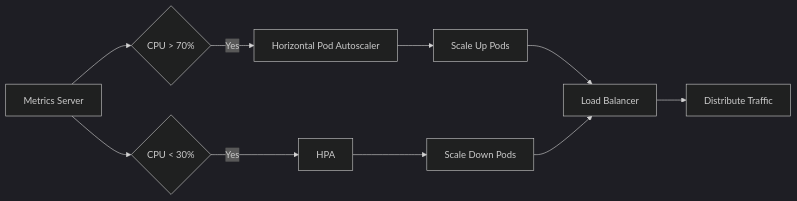
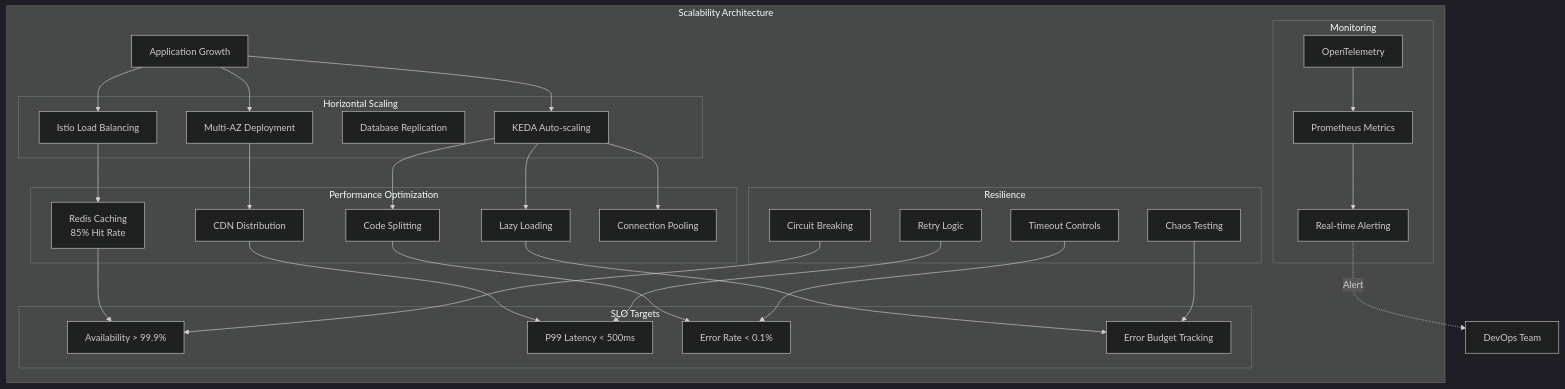
Before and after one commit to Derek-miranda/DocuThinker-AI: diagram 25 of 26 in ARCHITECTURE.md, drawn with Mermaid (dark theme). The commit also changed other lines of this file and 36 other files, not shown here.

````diff
--- a/ARCHITECTURE.md
+++ b/ARCHITECTURE.md
@@ -1077,14 +1949,61 @@
 ```mermaid
-graph LR
-    A[Metrics Server] --> B{CPU > 70%}
-    B -->|Yes| C[Horizontal Pod Autoscaler]
-    C --> D[Scale Up Pods]
-    D --> E[Load Balancer]
+graph TB
+    subgraph "Scalability Architecture"
+        A[Application Growth]
 
-    A --> F{CPU < 30%}
-    F -->|Yes| G[HPA]
-    G --> H[Scale Down Pods]
-    H --> E
+        subgraph "Horizontal Scaling"
+            B[Istio Load Balancing]
+            C[Multi-AZ Deployment]
+            D[Database Replication]
+            E[KEDA Auto-scaling]
+        end
 
-    E --> I[Distribute Traffic]
+        subgraph "Performance Optimization"
+            F[Redis Caching<br/>85% Hit Rate]
+            G[CDN Distribution]
+            H[Code Splitting]
+            I[Lazy Loading]
+            J[Connection Pooling]
+        end
+
+        subgraph "SLO Targets"
+            K[Availability > 99.9%]
+            L[P99 Latency < 500ms]
+            M[Error Rate < 0.1%]
+            N[Error Budget Tracking]
+        end
+
+        subgraph "Resilience"
+            O[Circuit Breaking]
+            P[Retry Logic]
+            Q[Timeout Controls]
+            R[Chaos Testing]
+        end
+
+        subgraph "Monitoring"
+            S[OpenTelemetry]
+            T[Prometheus Metrics]
+            U[Real-time Alerting]
+        end
+    end
+
+    A --> B & C & E
+
+    B --> F
+    C --> G
+    E --> H & I & J
+
+    F --> K
+    G --> L
+    H --> M
+    I --> N
+
+    O --> K
+    P --> L
+    Q --> M
+    R --> N
+
+    S --> T
+    T --> U
+    U -.->|Alert| DevOps[DevOps Team]
 ```
````
